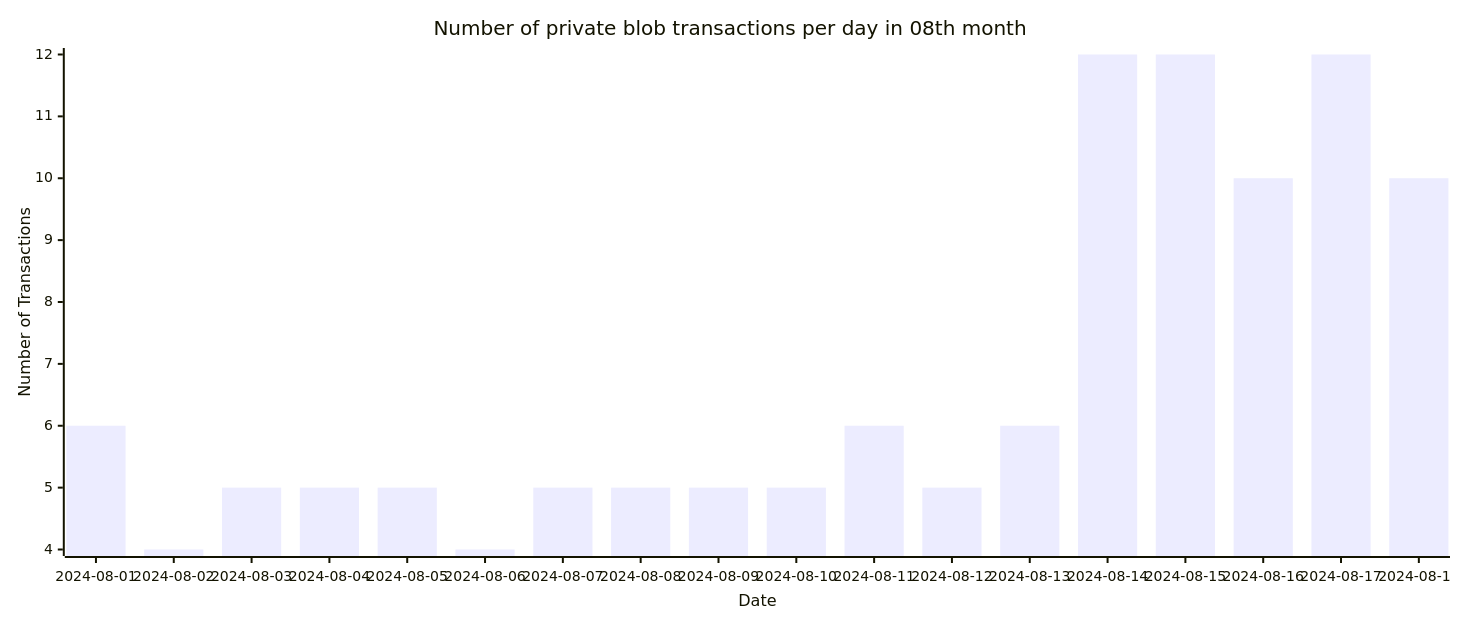
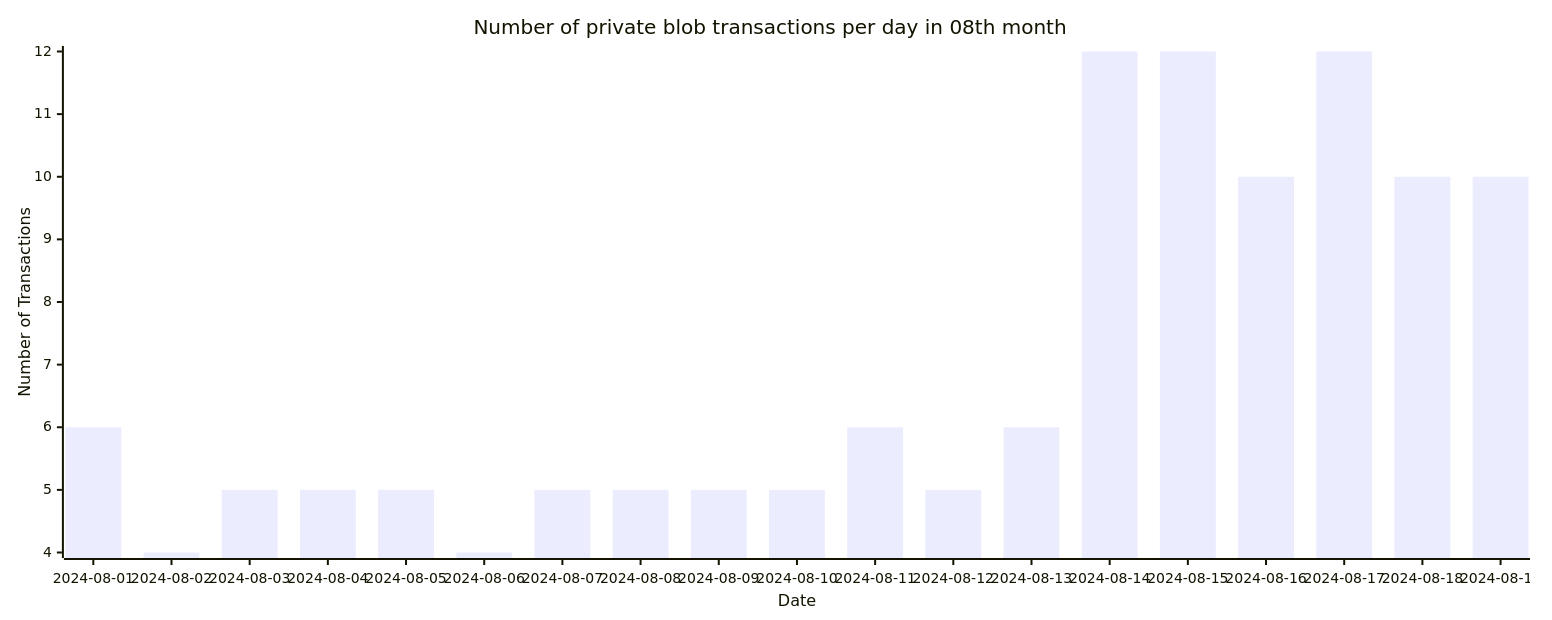
Before and after one commit to Amit0617/eip4844-data: the sixth of 6 diagrams in README.md, drawn with Mermaid. The commit also changed 1 other file, not shown here.

````diff
--- a/README.md
+++ b/README.md
@@ -66,12 +66,12 @@
 ```mermaid
 ---
 config:
     xyChart:
-        width: 1440
+        width: 1520
         height: 600
 ---
 xychart-beta title "Number of private blob transactions per day in 08th month"
-x-axis "Date" [2024-08-01,2024-08-02,2024-08-03,2024-08-04,2024-08-05,2024-08-06,2024-08-07,2024-08-08,2024-08-09,2024-08-10,2024-08-11,2024-08-12,2024-08-13,2024-08-14,2024-08-15,2024-08-16,2024-08-17,2024-08-18]
+x-axis "Date" [2024-08-01,2024-08-02,2024-08-03,2024-08-04,2024-08-05,2024-08-06,2024-08-07,2024-08-08,2024-08-09,2024-08-10,2024-08-11,2024-08-12,2024-08-13,2024-08-14,2024-08-15,2024-08-16,2024-08-17,2024-08-18,2024-08-19]
 y-axis "Number of Transactions"
-bar[6,4,5,5,5,4,5,5,5,5,6,5,6,12,12,10,12,10]
+bar[6,4,5,5,5,4,5,5,5,5,6,5,6,12,12,10,12,10,10]
 ```
````
